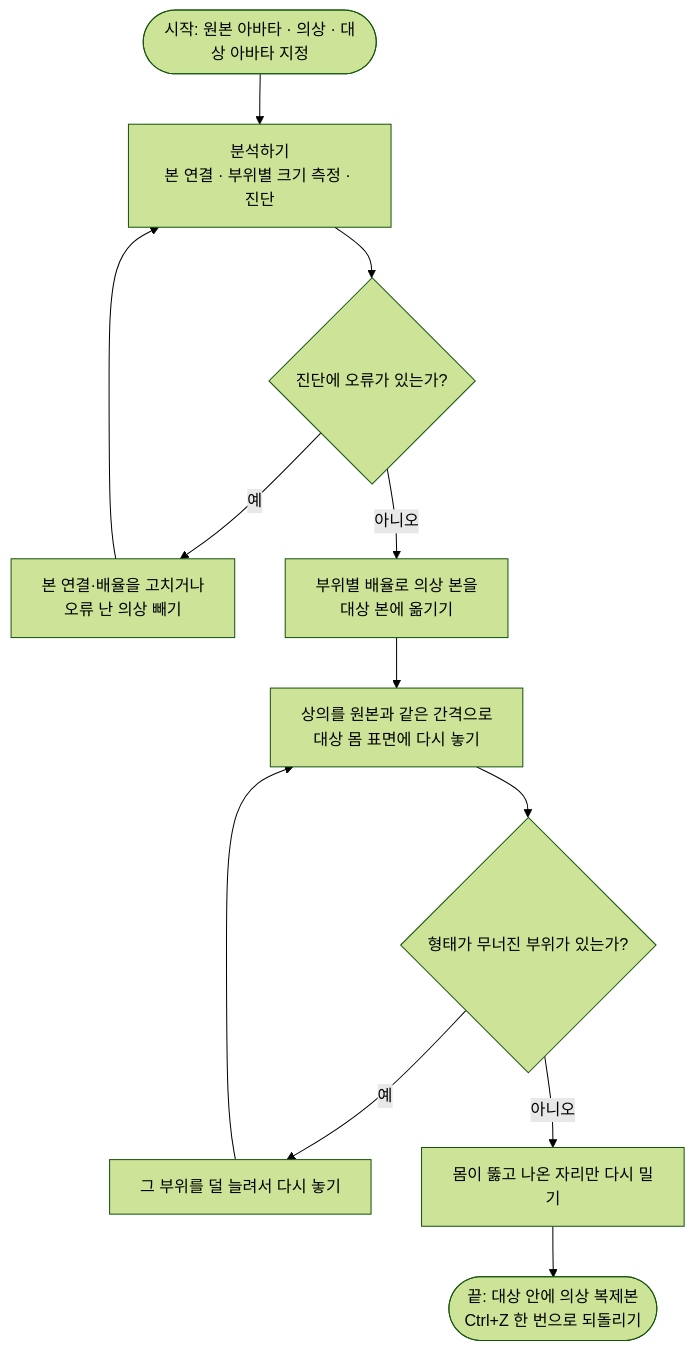
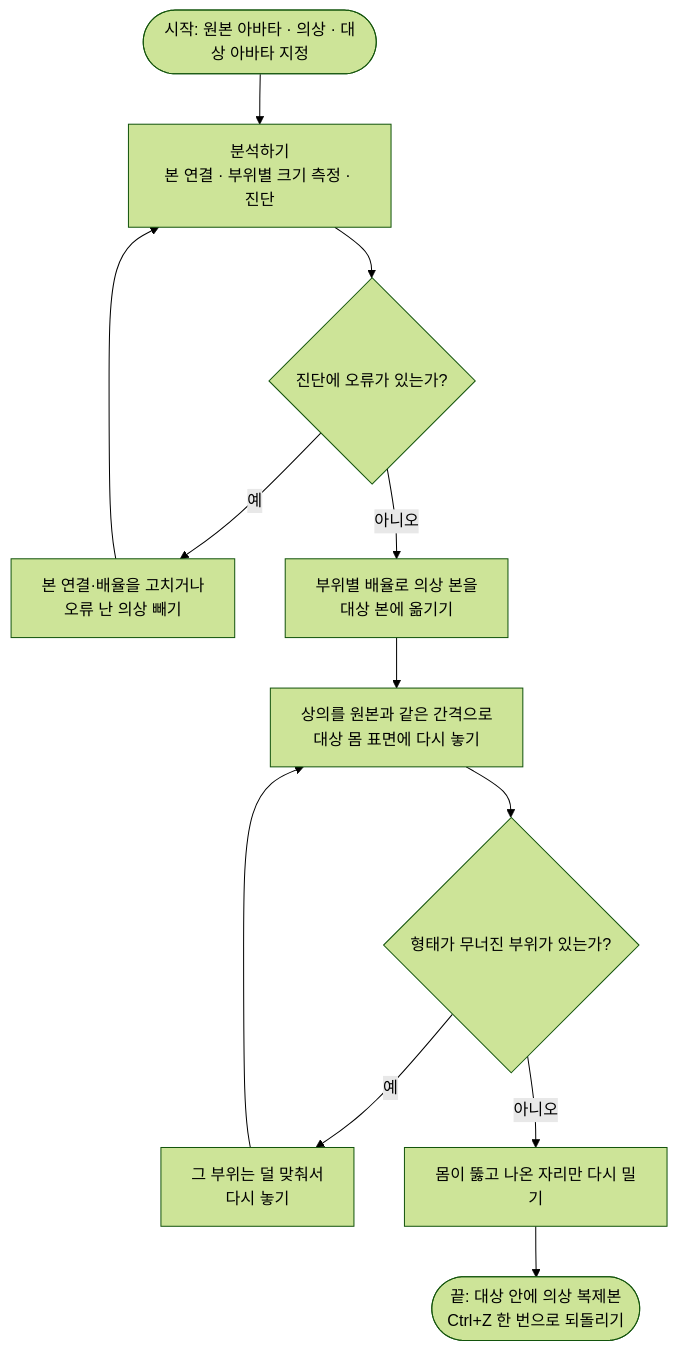
One commit to Ricopam/outfit-grader changed the diagram in README.md. Above: the diagram before and after it, drawn with Mermaid (forest theme). The commit also changed other lines of this file, not shown here.

````diff
--- a/README.md
+++ b/README.md
@@ -111,14 +132,14 @@
 ```mermaid
 flowchart TD
     START(["시작: 원본 아바타 · 의상 · 대상 아바타 지정"]) --> AN["분석하기<br/>본 연결 · 부위별 크기 측정 · 진단"]
     AN --> Q1{"진단에 오류가 있는가?"}
     Q1 -->|예| FIX["본 연결·배율을 고치거나<br/>오류 난 의상 빼기"]
     FIX --> AN
     Q1 -->|아니오| PL["부위별 배율로 의상 본을<br/>대상 본에 옮기기"]
     PL --> SO["상의를 원본과 같은 간격으로<br/>대상 몸 표면에 다시 놓기"]
     SO --> Q2{"형태가 무너진 부위가 있는가?"}
-    Q2 -->|예| LOW["그 부위를 덜 늘려서 다시 놓기"]
+    Q2 -->|예| LOW["그 부위는 덜 맞춰서<br/>다시 놓기"]
     LOW --> SO
     Q2 -->|아니오| RES["몸이 뚫고 나온 자리만 다시 밀기"]
     RES --> END(["끝: 대상 안에 의상 복제본<br/>Ctrl+Z 한 번으로 되돌리기"])
 ```
````
